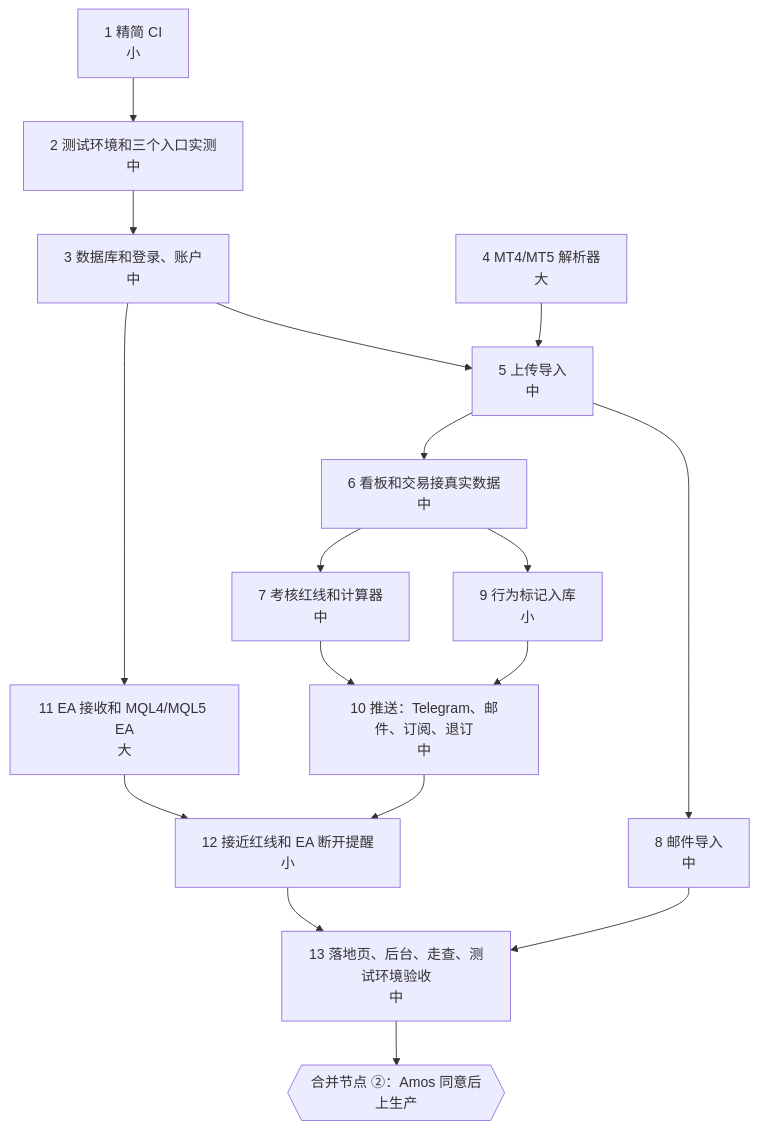
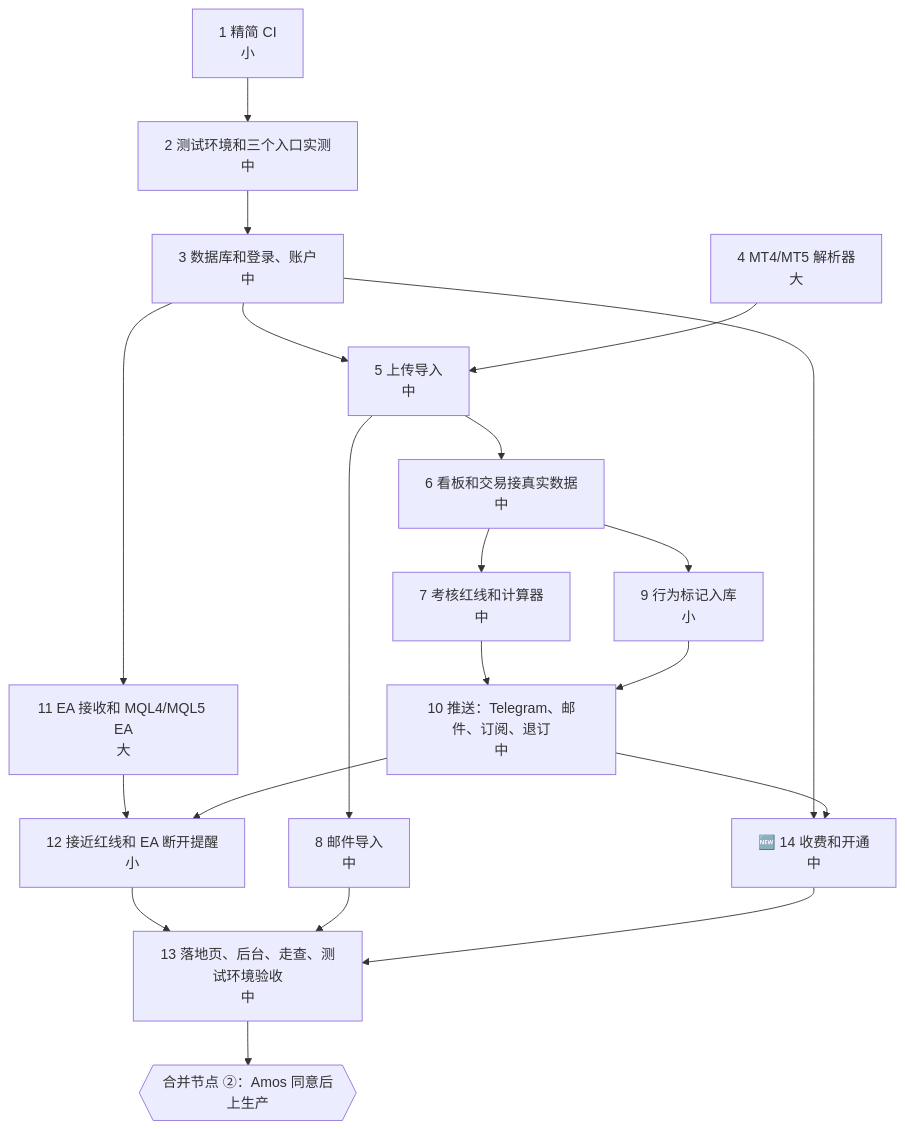
One commit to dollar3651314/trading-journal changed the diagram in 需求文档/v1-任务清单.md. Above: the diagram before and after it, drawn with Mermaid. The commit also changed other lines of this file and 31 other files, not shown here.

````diff
--- a/需求文档/v1-任务清单.md
+++ b/需求文档/v1-任务清单.md
@@ -11,19 +11,22 @@
 ```mermaid
 flowchart TD
     S1["1 精简 CI<br/>小"] --> S2["2 测试环境和三个入口实测<br/>中"]
     S2 --> S3["3 数据库和登录、账户<br/>中"]
     S3 --> S5["5 上传导入<br/>中"]
     S4["4 MT4/MT5 解析器<br/>大"] --> S5
     S5 --> S6["6 看板和交易接真实数据<br/>中"]
     S5 --> S8["8 邮件导入<br/>中"]
     S6 --> S7["7 考核红线和计算器<br/>中"]
     S6 --> S9["9 行为标记入库<br/>小"]
     S7 --> S10["10 推送：Telegram、邮件、订阅、退订<br/>中"]
     S9 --> S10
     S3 --> S11["11 EA 接收和 MQL4/MQL5 EA<br/>大"]
     S11 --> S12["12 接近红线和 EA 断开提醒<br/>小"]
     S10 --> S12
     S12 --> S13["13 落地页、后台、走查、测试环境验收<br/>中"]
     S8 --> S13
+    S3 --> S14["🆕 14 收费和开通<br/>中"]
+    S10 --> S14
+    S14 --> S13
     S13 --> M2{{"合并节点 ②：Amos 同意后上生产"}}
 ```
````
